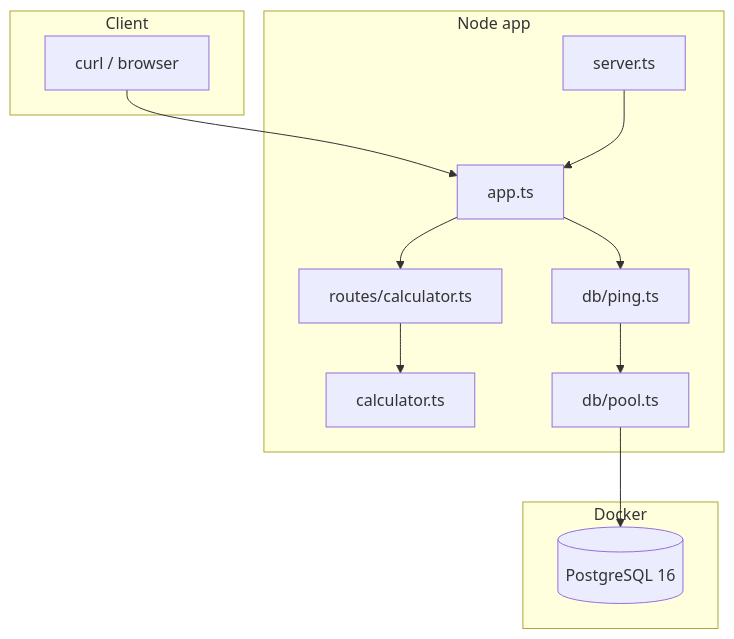
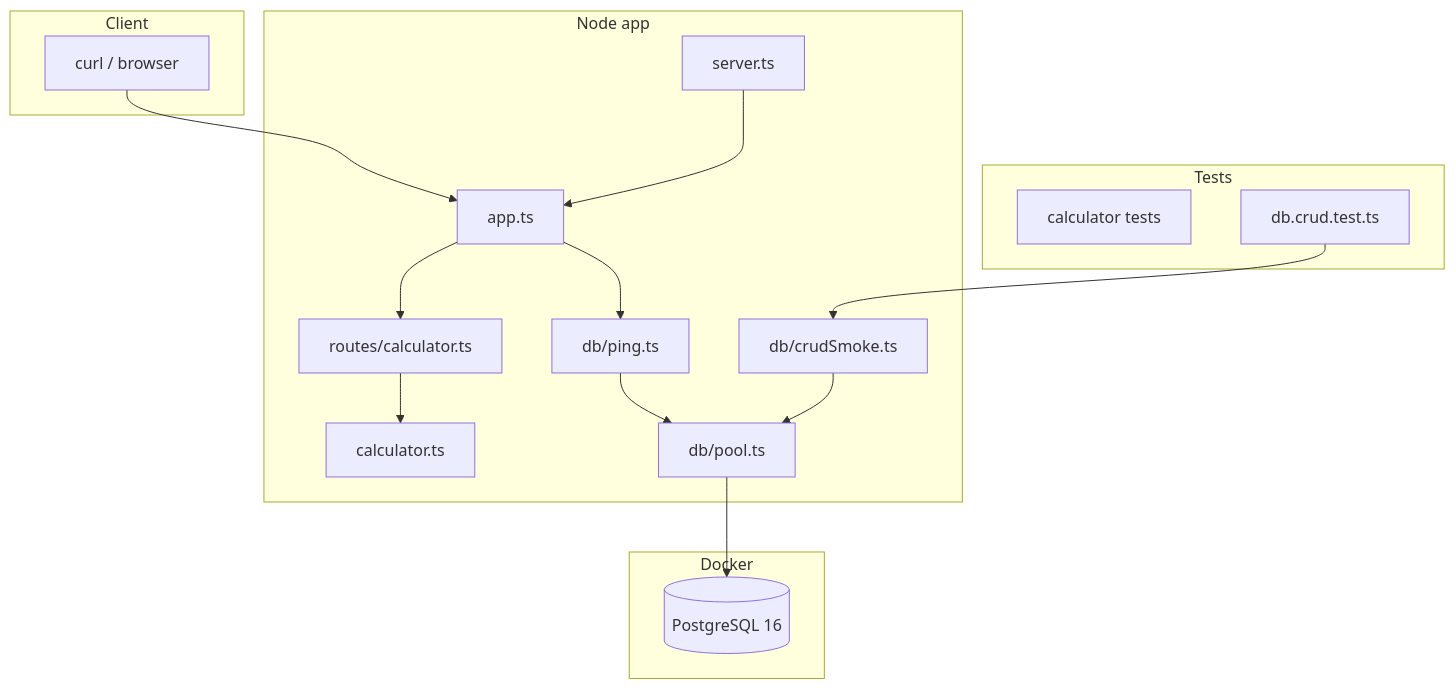
One commit to Maruf-Murshed01/jarvis-em changed the diagram in README.md. Above: the diagram before and after it, drawn with Mermaid. The commit also changed other lines of this file and 4 other files, not shown here.

````diff
--- a/README.md
+++ b/README.md
@@ -446,22 +528,29 @@
 ```mermaid
 flowchart TB
   subgraph client [Client]
     Curl[curl / browser]
   end
   subgraph app [Node app]
     Server[server.ts]
     App[app.ts]
     CalcRoute[routes/calculator.ts]
     CalcLogic[calculator.ts]
     Pool[db/pool.ts]
     Ping[db/ping.ts]
+    CrudSmoke[db/crudSmoke.ts]
+  end
+  subgraph tests [Tests]
+    AppTests[calculator tests]
+    DbTests[db.crud.test.ts]
   end
   subgraph docker [Docker]
     PG[(PostgreSQL 16)]
   end
   Curl --> App
   Server --> App
   App --> CalcRoute --> CalcLogic
   App --> Ping --> Pool
+  CrudSmoke --> Pool
+  DbTests --> CrudSmoke
   Pool --> PG
 ```
````
